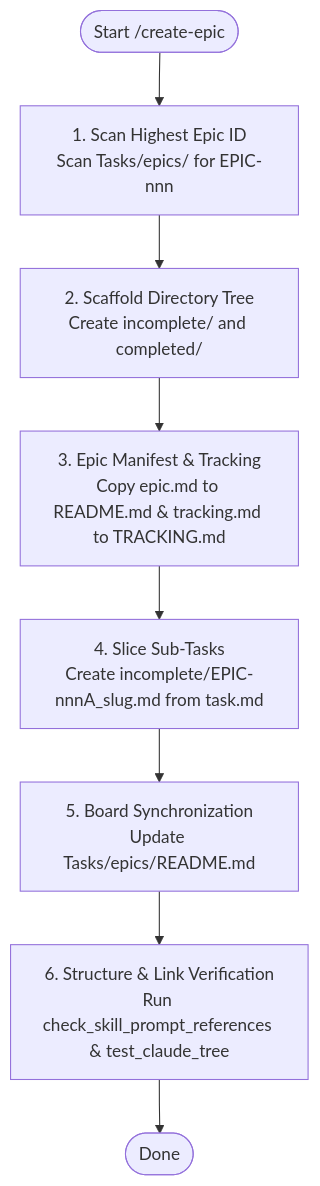
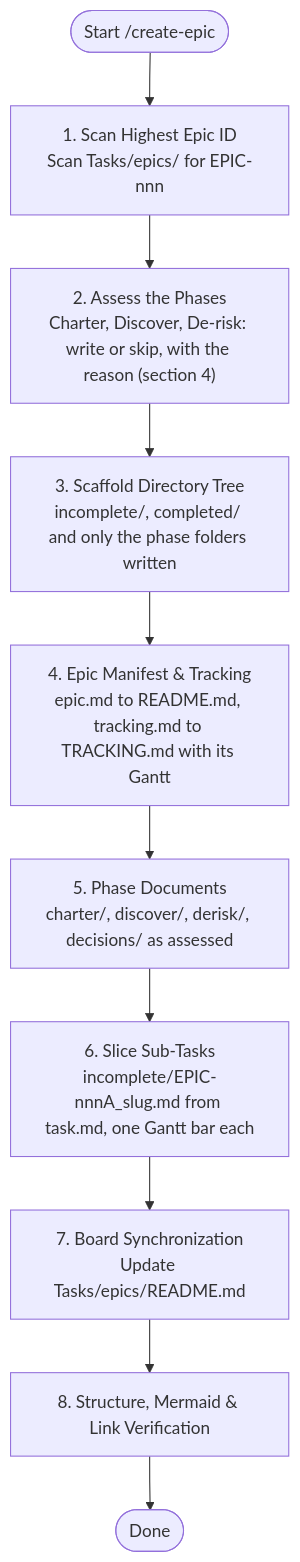
One commit to anhembedded/Youtube-Plan changed the diagram in .claude/skills/create-epic/SKILL.md. Above: the diagram before and after it, drawn with Mermaid. The commit also changed other lines of this file and 4 other files, not shown here.

First line of the commit message:
docs: align create-epic and execute-task skills with their updated copies

````diff
--- a/.claude/skills/create-epic/SKILL.md
+++ b/.claude/skills/create-epic/SKILL.md
@@ -12,10 +12,12 @@
 ```mermaid
 flowchart TD
     Start(["Start /create-epic"]) --> Scan["1. Scan Highest Epic ID<br/>Scan Tasks/epics/ for EPIC-nnn"]
-    Scan --> Scaffold["2. Scaffold Directory Tree<br/>Create incomplete/ and completed/"]
-    Scaffold --> Manifest["3. Epic Manifest & Tracking<br/>Copy epic.md to README.md & tracking.md to TRACKING.md"]
-    Manifest --> Slice["4. Slice Sub-Tasks<br/>Create incomplete/EPIC-nnnA_slug.md from task.md"]
-    Slice --> Sync["5. Board Synchronization<br/>Update Tasks/epics/README.md"]
-    Sync --> Verify["6. Structure & Link Verification<br/>Run check_skill_prompt_references & test_claude_tree"]
+    Scan --> Assess["2. Assess the Phases<br/>Charter, Discover, De-risk: write or skip, with the reason (section 4)"]
+    Assess --> Scaffold["3. Scaffold Directory Tree<br/>incomplete/, completed/ and only the phase folders written"]
+    Scaffold --> Manifest["4. Epic Manifest & Tracking<br/>epic.md to README.md, tracking.md to TRACKING.md with its Gantt"]
+    Manifest --> Phases["5. Phase Documents<br/>charter/, discover/, derisk/, decisions/ as assessed"]
+    Phases --> Slice["6. Slice Sub-Tasks<br/>incomplete/EPIC-nnnA_slug.md from task.md, one Gantt bar each"]
+    Slice --> Sync["7. Board Synchronization<br/>Update Tasks/epics/README.md"]
+    Sync --> Verify["8. Structure, Mermaid & Link Verification"]
     Verify --> Done(["Done"])
 ```
````
